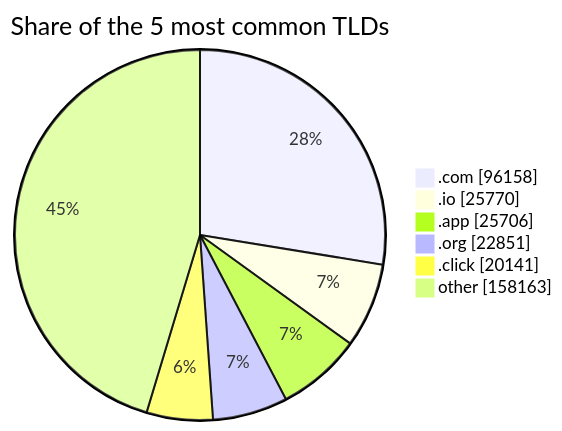
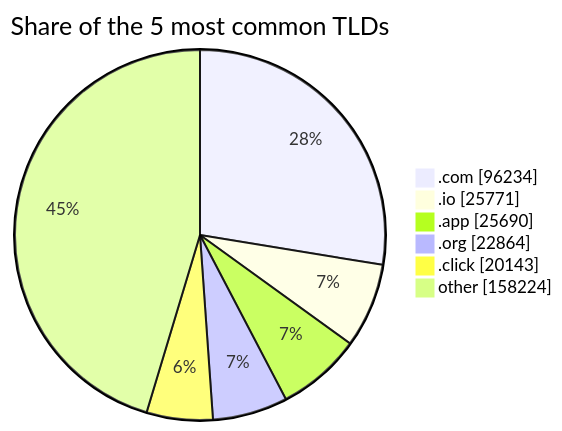
The third of 3 diagrams in README.md (DNSBunker/CTI), drawn with Mermaid before and after one commit. The commit also changed other lines of this file and 3 other files, not shown here.

````diff
--- a/README.md
+++ b/README.md
@@ -81,9 +81,9 @@
 ```mermaid
 pie showData title Share of the 5 most common TLDs
-    ".com" : 96158
-    ".io" : 25770
-    ".app" : 25706
-    ".org" : 22851
-    ".click" : 20141
-    "other" : 158163
+    ".com" : 96234
+    ".io" : 25771
+    ".app" : 25690
+    ".org" : 22864
+    ".click" : 20143
+    "other" : 158224
 ```
````
